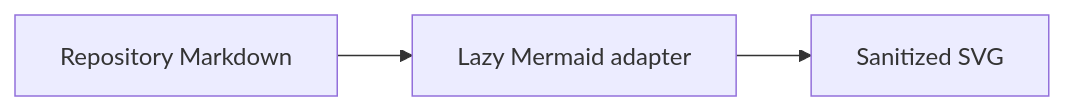
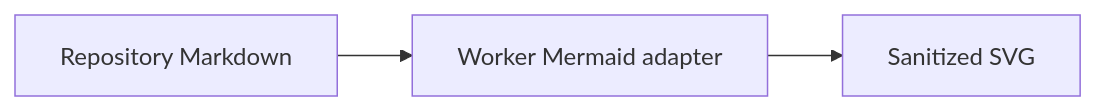
One commit to choral-io/choral-forma changed the diagram in examples/software-product-rd-workspace/validation/markdown-rendering-showcase.md. Above: the diagram before and after it, drawn with Mermaid. The commit also changed other lines of this file and 21 other files, not shown here.

Commit message:
fix: harden WebApp Mermaid rendering

````diff
--- a/examples/software-product-rd-workspace/validation/markdown-rendering-showcase.md
+++ b/examples/software-product-rd-workspace/validation/markdown-rendering-showcase.md
@@ -116,5 +116,5 @@
 ```mermaid
 flowchart LR
-  Source[Repository Markdown] --> Diagram[Lazy Mermaid adapter]
+  Source[Repository Markdown] --> Diagram[Worker Mermaid adapter]
   Diagram --> Output[Sanitized SVG]
 ```
````
